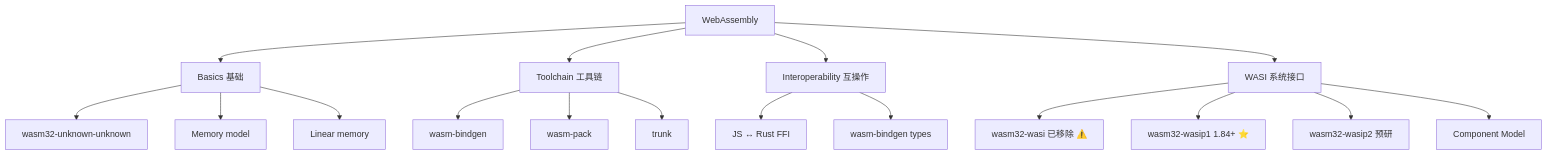
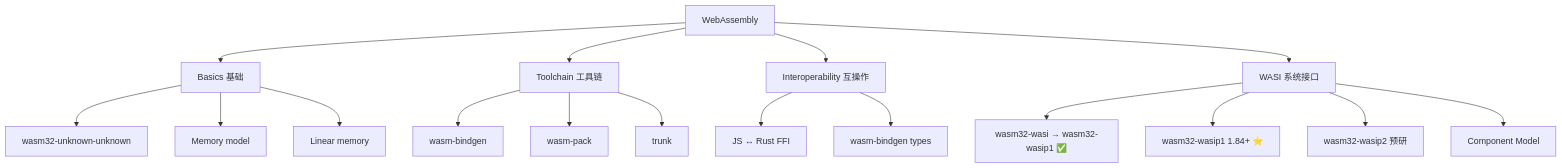
Diagram 14 of 16 in docs/RUST_LANGUAGE_FEATURE_COMPREHENSIVE_INVENTORY_2026.md (martin-ly/rust-lang), drawn with Mermaid before and after one commit. The commit also changed other lines of this file and 45 other files, not shown here.

````diff
--- a/docs/RUST_LANGUAGE_FEATURE_COMPREHENSIVE_INVENTORY_2026.md
+++ b/docs/RUST_LANGUAGE_FEATURE_COMPREHENSIVE_INVENTORY_2026.md
@@ -1739,23 +1739,23 @@
 ```mermaid
 graph TD
     C12[WebAssembly] --> B[Basics 基础]
     C12 --> T[Toolchain 工具链]
     C12 --> I[Interoperability 互操作]
     C12 --> W[WASI 系统接口]
 
     B --> B1[wasm32-unknown-unknown]
     B --> B2[Memory model]
     B --> B3[Linear memory]
 
     T --> T1[wasm-bindgen]
     T --> T2[wasm-pack]
     T --> T3[ trunk]
 
     I --> I1[JS ↔ Rust FFI]
     I --> I2[wasm-bindgen types]
 
-    W --> W1[wasm32-wasi 已移除 ⚠️]
+    W --> W1[wasm32-wasi → wasm32-wasip1 ✅]
     W --> W2[wasm32-wasip1 1.84+ ⭐]
     W --> W3[wasm32-wasip2 预研]
     W --> W4[Component Model]
 ```
````
